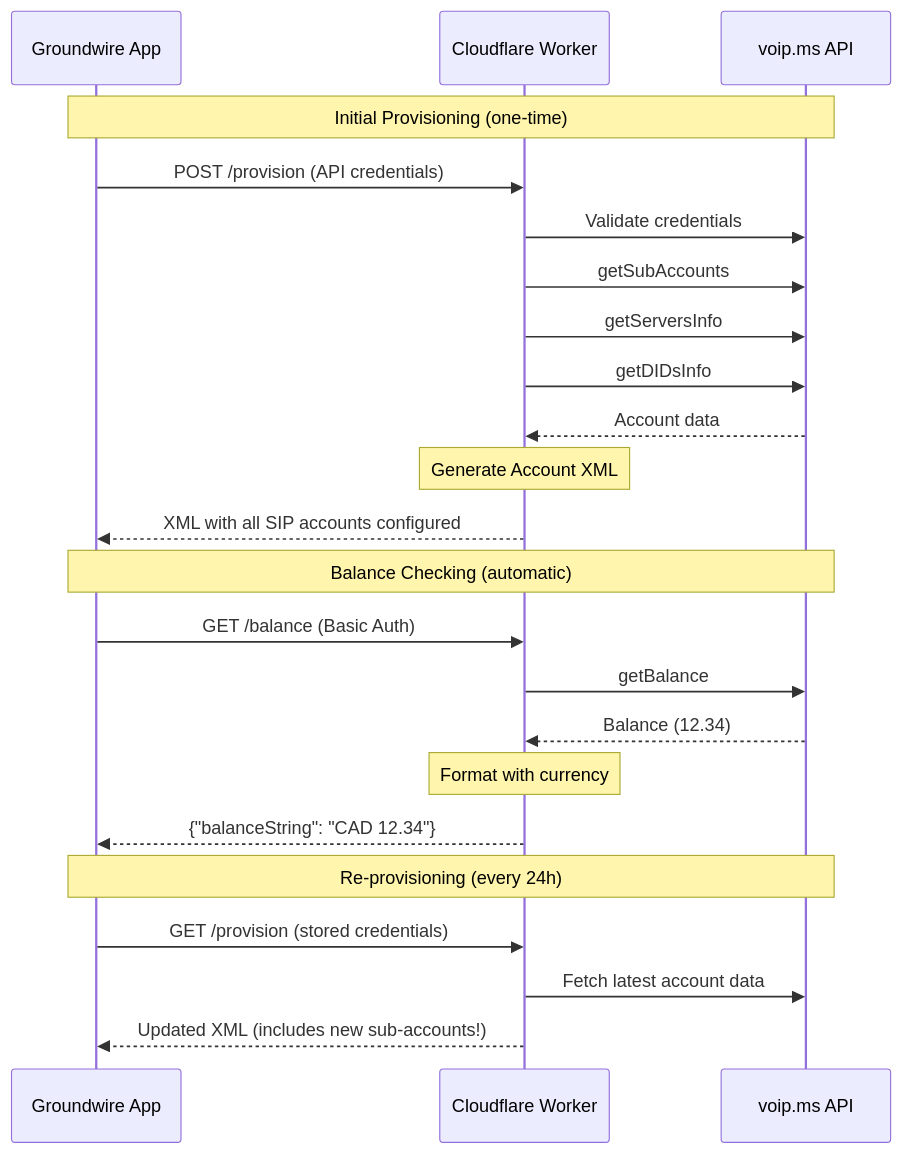
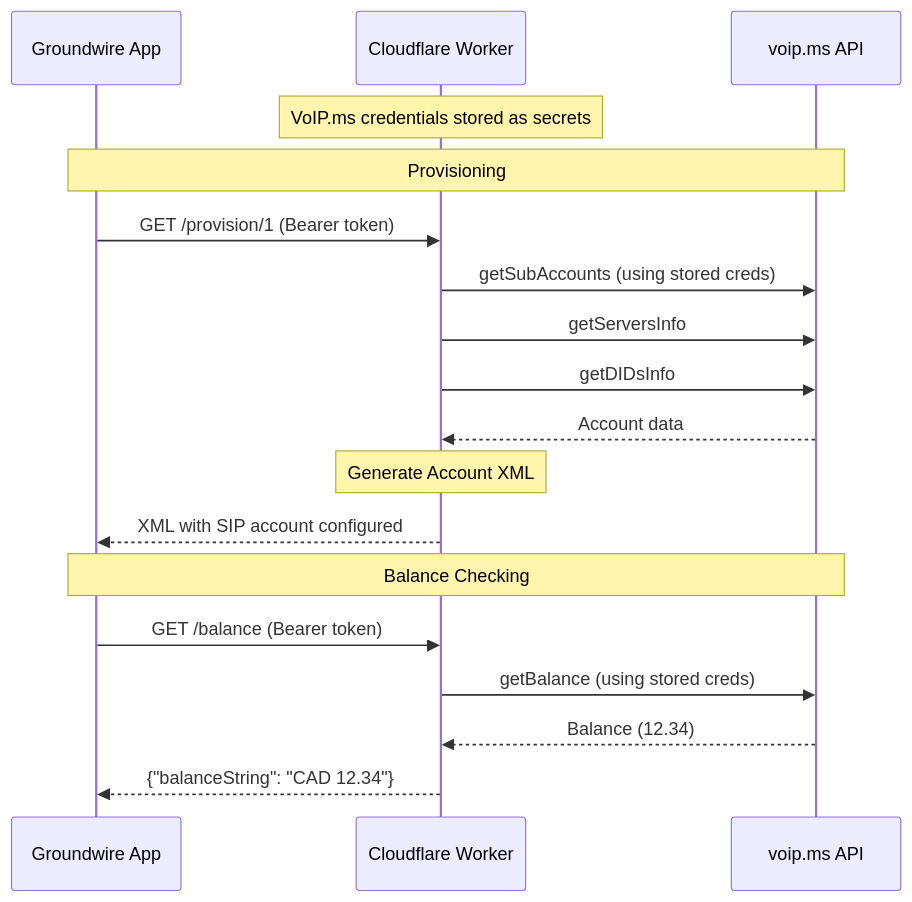
The diagram in README.MD (andrew-hesse/voipms-groudwire), drawn with Mermaid before and after one commit. The commit also changed other lines of this file, not shown here.

Commit message:
docs: update README for new auth architecture

````diff
--- a/README.MD
+++ b/README.MD
@@ -17,28 +15,23 @@
 ```mermaid
 sequenceDiagram
     participant GW as Groundwire App
     participant CF as Cloudflare Worker
     participant VM as voip.ms API
 
-    Note over GW,VM: Initial Provisioning (one-time)
-    GW->>CF: POST /provision (API credentials)
-    CF->>VM: Validate credentials
-    CF->>VM: getSubAccounts
+    Note over CF: VoIP.ms credentials stored as secrets
+
+    Note over GW,VM: Provisioning
+    GW->>CF: GET /provision/1 (Bearer token)
+    CF->>VM: getSubAccounts (using stored creds)
     CF->>VM: getServersInfo
     CF->>VM: getDIDsInfo
     VM-->>CF: Account data
     Note over CF: Generate Account XML
-    CF-->>GW: XML with all SIP accounts configured
+    CF-->>GW: XML with SIP account configured
 
-    Note over GW,VM: Balance Checking (automatic)
-    GW->>CF: GET /balance (Basic Auth)
-    CF->>VM: getBalance
+    Note over GW,VM: Balance Checking
+    GW->>CF: GET /balance (Bearer token)
+    CF->>VM: getBalance (using stored creds)
     VM-->>CF: Balance (12.34)
-    Note over CF: Format with currency
     CF-->>GW: {"balanceString": "CAD 12.34"}
-
-    Note over GW,VM: Re-provisioning (every 24h)
-    GW->>CF: GET /provision (stored credentials)
-    CF->>VM: Fetch latest account data
-    CF-->>GW: Updated XML (includes new sub-accounts!)
 ```
````
